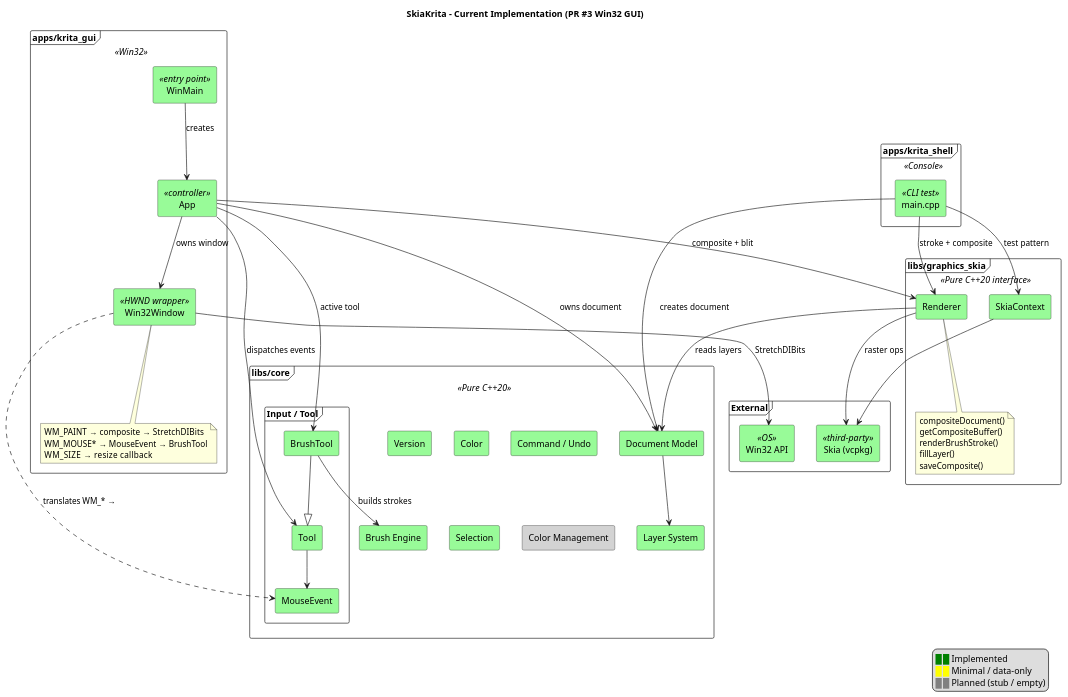
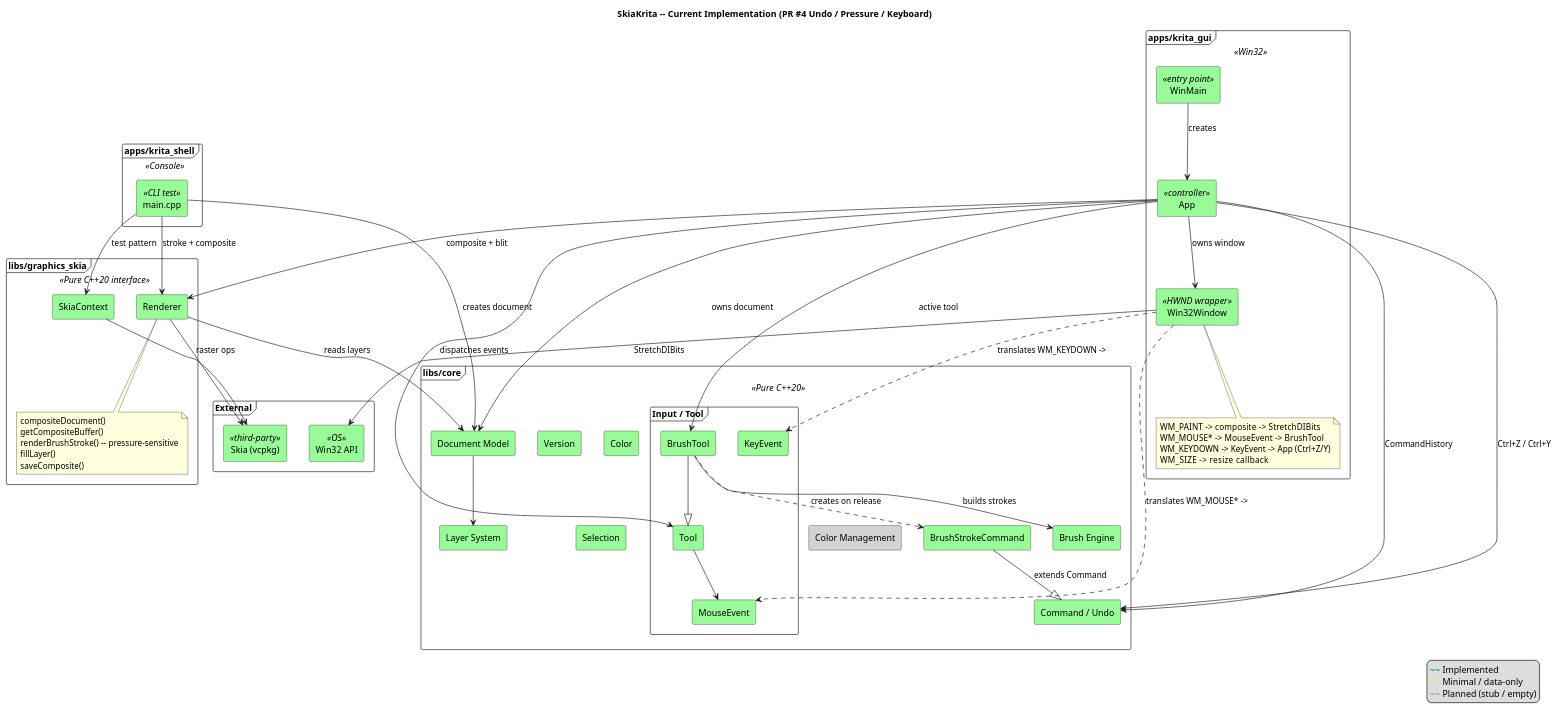
One commit to bandi-shoo/SkiaKrita changed the diagram in docs/uml/progress/current.puml. Above: the diagram before and after it, drawn with PlantUML. The commit also changed 11 other files, not shown here.

```diff
--- a/docs/uml/progress/current.puml
+++ b/docs/uml/progress/current.puml
@@ -1,90 +1,100 @@
 @startuml SkiaKrita Current Progress
 
-title SkiaKrita – Current Implementation (PR #3 Win32 GUI)
+title SkiaKrita -- Current Implementation (PR #4 Undo / Pressure / Keyboard)
 skinparam componentStyle rectangle
 skinparam packageStyle frame
 
 legend right
-  <color:green>██</color> Implemented
-  <color:yellow>██</color> Minimal / data-only
-  <color:gray>██</color> Planned (stub / empty)
+  <color:green>~~</color> Implemented
+  <color:yellow>~~</color> Minimal / data-only
+  <color:gray>~~</color> Planned (stub / empty)
 endlegend
 
 package "apps/krita_gui" <<Win32>> {
     [WinMain]      <<entry point>>   #PaleGreen
     [App]          <<controller>>    #PaleGreen
     [Win32Window]  <<HWND wrapper>>  #PaleGreen
     note bottom of [Win32Window]
-      WM_PAINT   → composite → StretchDIBits
-      WM_MOUSE*  → MouseEvent → BrushTool
-      WM_SIZE    → resize callback
+      WM_PAINT   -> composite -> StretchDIBits
+      WM_MOUSE*  -> MouseEvent -> BrushTool
+      WM_KEYDOWN -> KeyEvent -> App (Ctrl+Z/Y)
+      WM_SIZE    -> resize callback
     end note
 }
 
 package "apps/krita_shell" <<Console>> {
     [main.cpp] <<CLI test>> #PaleGreen
 }
 
 package "libs/core" <<Pure C++20>> {
     [Version]          #PaleGreen
     [Color]            #PaleGreen
     [Document Model]   #PaleGreen
     [Layer System]     #PaleGreen
     [Brush Engine]     #PaleGreen
     [Command / Undo]   #PaleGreen
+    [BrushStrokeCommand] #PaleGreen
     [Selection]        #PaleGreen
     [Color Management] #LightGray
 
     package "Input / Tool" {
         [MouseEvent]  #PaleGreen
+        [KeyEvent]    #PaleGreen
         [Tool]        #PaleGreen
         [BrushTool]   #PaleGreen
     }
 }
 
 package "libs/graphics_skia" <<Pure C++20 interface>> {
     [SkiaContext] #PaleGreen
     [Renderer]   #PaleGreen
     note bottom of [Renderer]
       compositeDocument()
       getCompositeBuffer()
-      renderBrushStroke()
+      renderBrushStroke() -- pressure-sensitive
       fillLayer()
       saveComposite()
     end note
 }
 
 package "External" {
     [Skia (vcpkg)] <<third-party>> #PaleGreen
     [Win32 API]    <<OS>>          #PaleGreen
 }
 
-' ── GUI wiring ──
+' -- GUI wiring --
 [WinMain]      --> [App]            : creates
 [App]          --> [Win32Window]    : owns window
 [App]          --> [Document Model] : owns document
 [App]          --> [BrushTool]      : active tool
 [App]          --> [Renderer]       : composite + blit
+[App]          --> [Command / Undo] : CommandHistory
 
-' ── Event flow ──
-[Win32Window]  ..> [MouseEvent]     : translates WM_* →
+' -- Event flow --
+[Win32Window]  ..> [MouseEvent]     : translates WM_MOUSE* ->
+[Win32Window]  ..> [KeyEvent]       : translates WM_KEYDOWN ->
 [App]          --> [Tool]           : dispatches events
 
-' ── CLI shell ──
+' -- Undo pipeline --
+[BrushTool]    ..> [BrushStrokeCommand] : creates on release
+[BrushStrokeCommand] --|> [Command / Undo] : extends Command
+[App]          --> [Command / Undo] : Ctrl+Z / Ctrl+Y
+
+' -- CLI shell --
 [main.cpp]     --> [Document Model] : creates document
 [main.cpp]     --> [SkiaContext]    : test pattern
 [main.cpp]     --> [Renderer]       : stroke + composite
 
-' ── Rendering pipeline ──
+' -- Rendering pipeline --
 [BrushTool]    --> [Brush Engine]   : builds strokes
 [Renderer]     --> [Document Model] : reads layers
 [Renderer]     --> [Skia (vcpkg)]   : raster ops
 [SkiaContext]  --> [Skia (vcpkg)]
 [Win32Window]  --> [Win32 API]      : StretchDIBits
 
-' ── Core relationships ──
+' -- Core relationships --
 [Document Model] --> [Layer System]
 [BrushTool]      --|> [Tool]
 [Tool]           --> [MouseEvent]
 
 @enduml
```
